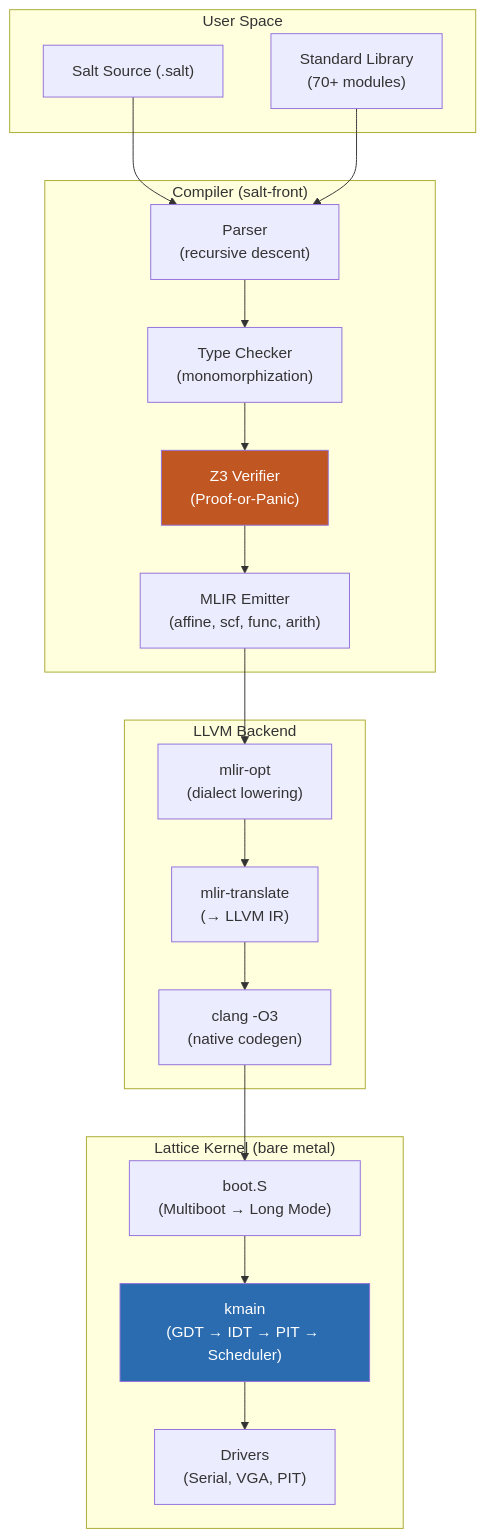
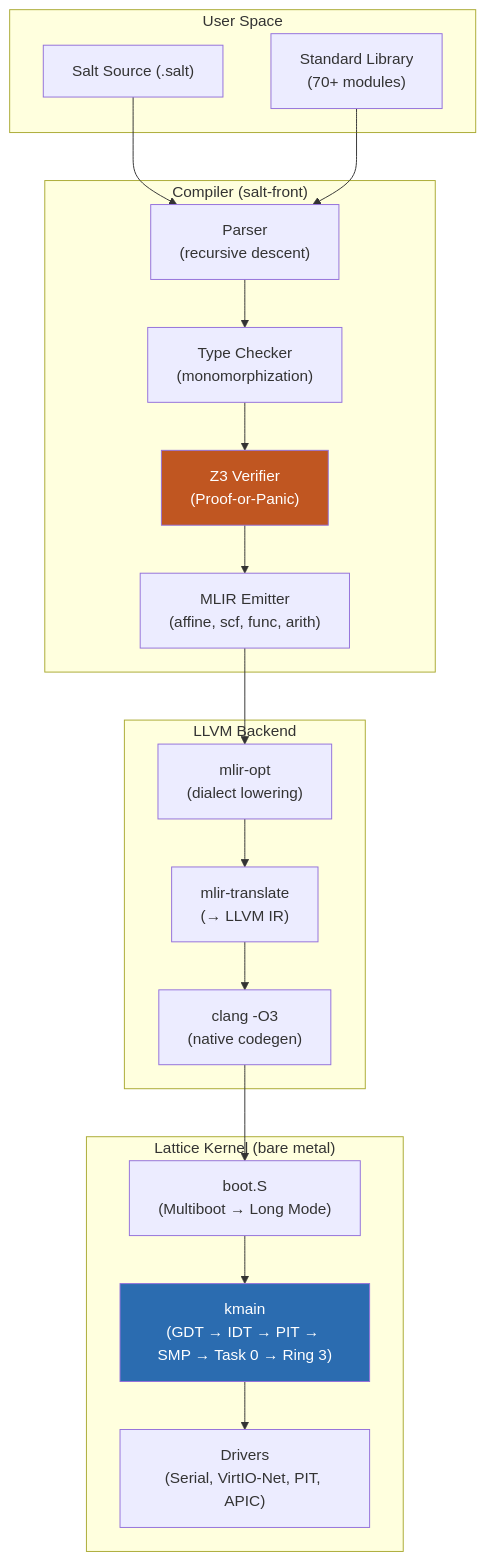
Before and after one commit to PropertySightlines/lattice-lettuce-fix: the first of 10 diagrams in docs/ARCH.md, drawn with Mermaid. The commit also changed other lines of this file and 185 other files, not shown here.

````diff
--- a/docs/ARCH.md
+++ b/docs/ARCH.md
@@ -30,33 +30,33 @@
 ```mermaid
 graph TD
     subgraph "User Space"
         A["Salt Source (.salt)"]
         B["Standard Library<br/>(70+ modules)"]
     end
     
     subgraph "Compiler (salt-front)"
         C["Parser<br/>(recursive descent)"]
         D["Type Checker<br/>(monomorphization)"]
         E["Z3 Verifier<br/>(Proof-or-Panic)"]
         F["MLIR Emitter<br/>(affine, scf, func, arith)"]
     end
     
     subgraph "LLVM Backend"
         G["mlir-opt<br/>(dialect lowering)"]
         H["mlir-translate<br/>(→ LLVM IR)"]
         I["clang -O3<br/>(native codegen)"]
     end
     
     subgraph "Lattice Kernel (bare metal)"
         J["boot.S<br/>(Multiboot → Long Mode)"]
-        K["kmain<br/>(GDT → IDT → PIT → Scheduler)"]
-        L["Drivers<br/>(Serial, VGA, PIT)"]
+        K["kmain<br/>(GDT → IDT → PIT → SMP → Task 0 → Ring 3)"]
+        L["Drivers<br/>(Serial, VirtIO-Net, PIT, APIC)"]
     end
 
     A --> C --> D --> E --> F --> G --> H --> I
     B --> C
     I --> J --> K --> L
     
     style E fill:#c05621,color:#fff
     style K fill:#2b6cb0,color:#fff
 ```
````
